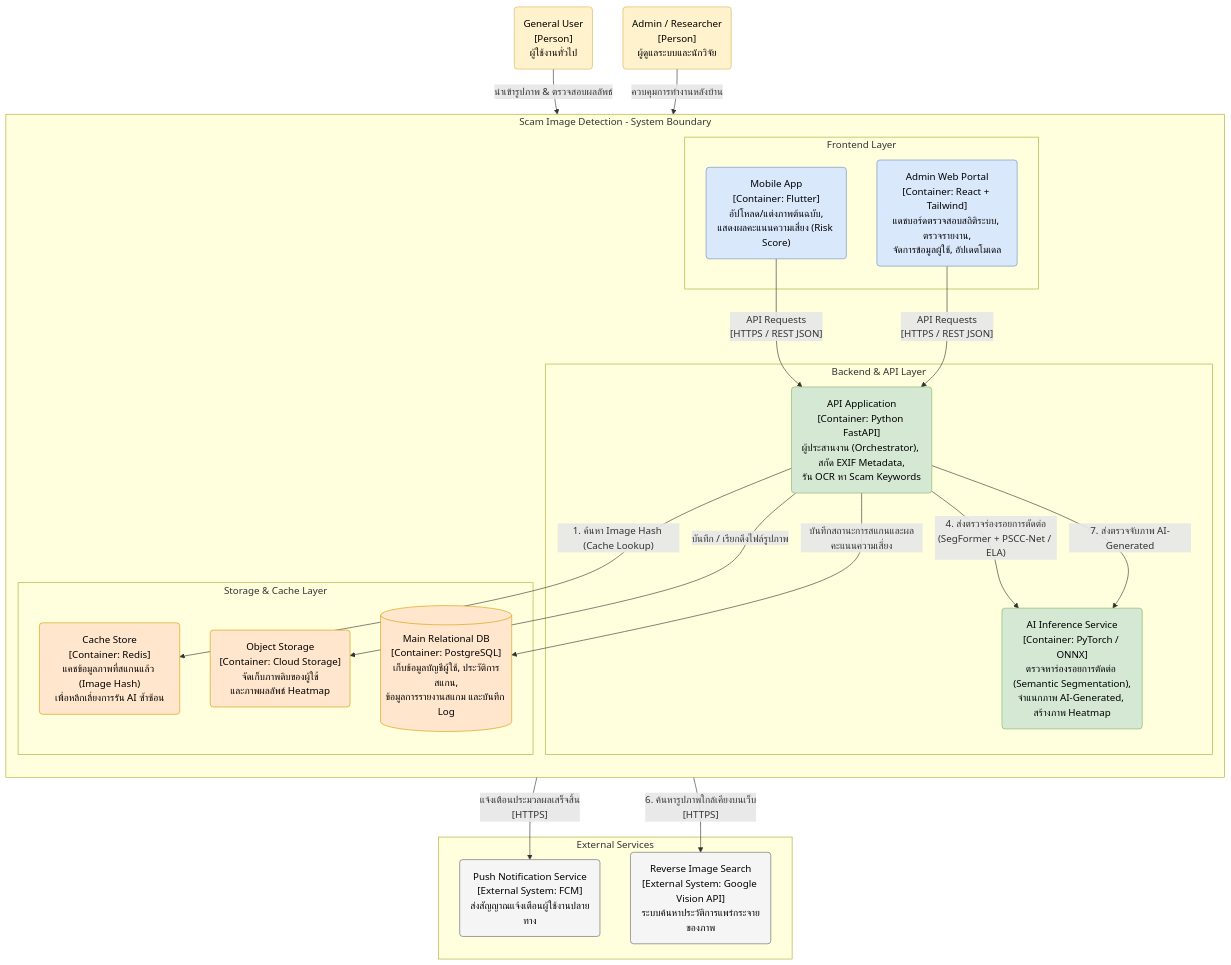
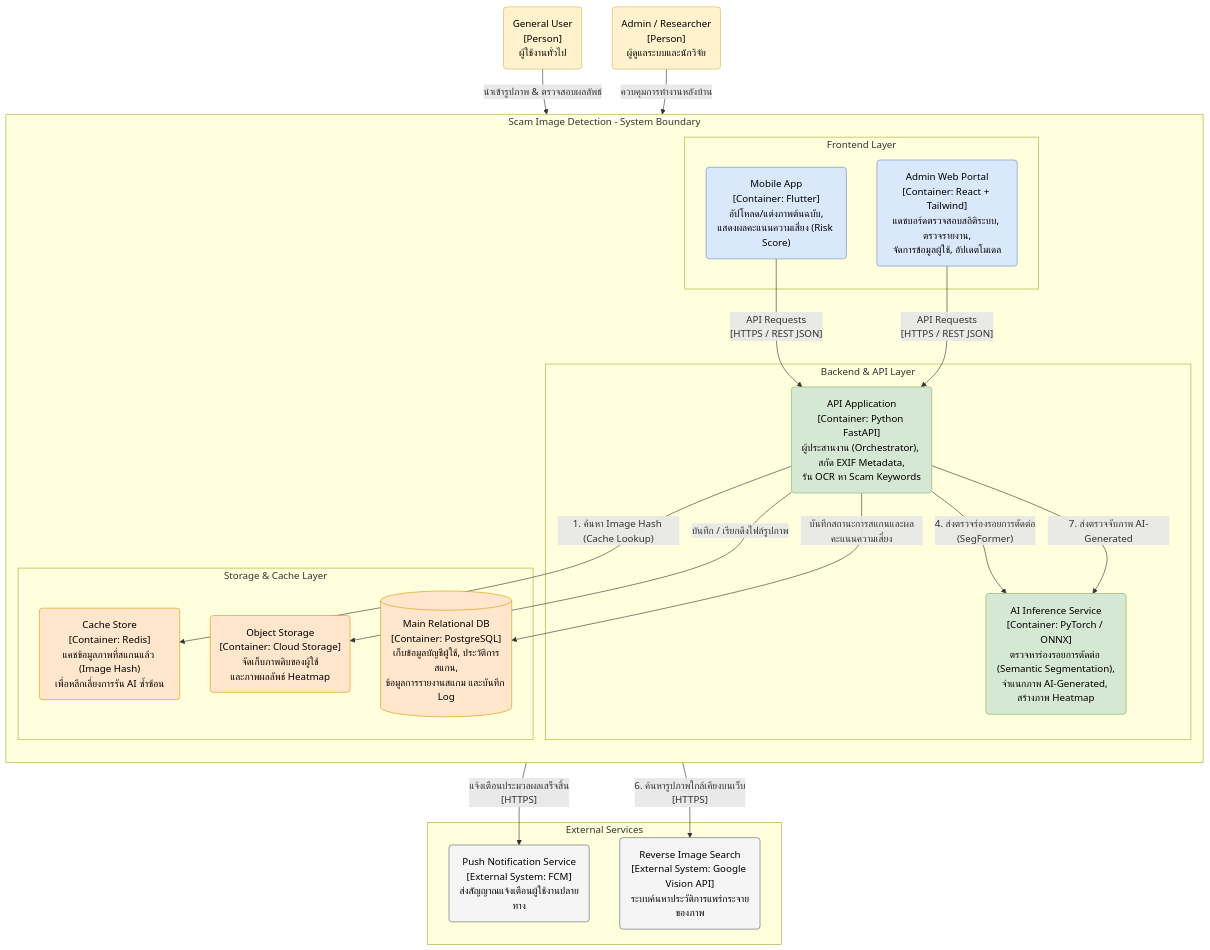
Before and after one commit to Panuwat-ta/project: the second of 3 diagrams in design/architecture.md, drawn with Mermaid. The commit also changed other lines of this file and 83 other files, not shown here.

````diff
--- a/design/architecture.md
+++ b/design/architecture.md
@@ -83,63 +83,63 @@
 ```mermaid
 flowchart TB
     %% การตั้งค่า Class สีต่างๆ
     classDef userFill fill:#fff2cc,stroke:#d6b656,color:black
     classDef clientFill fill:#dae8fc,stroke:#6c8ebf,color:black
     classDef backendFill fill:#d5e8d4,stroke:#82b366,color:black
     classDef storageFill fill:#ffe6cc,stroke:#d79b00,color:black
     classDef extFill fill:#f5f5f5,stroke:#666666,color:black
 
     %% Actors Boundary
     User("General User<br>[Person]<br>ผู้ใช้งานทั่วไป")
     Admin("Admin / Researcher<br>[Person]<br>ผู้ดูแลระบบและนักวิจัย")
 
     %% System Boundary
     subgraph ScamSystem [Scam Image Detection - System Boundary]
         direction TB
 
         subgraph Frontends [Frontend Layer]
             MobileApp("Mobile App<br>[Container: Flutter]<br>อัปโหลด/แต่งภาพต้นฉบับ,<br>แสดงผลคะแนนความเสี่ยง (Risk Score)")
             AdminPortal("Admin Web Portal<br>[Container: React + Tailwind]<br>แดชบอร์ดตรวจสอบสถิติระบบ, ตรวจรายงาน,<br>จัดการข้อมูลผู้ใช้, อัปเดตโมเดล")
         end
 
         subgraph Backends [Backend & API Layer]
             APIGateway("API Application<br>[Container: Python FastAPI]<br>ผู้ประสานงาน (Orchestrator), สกัด EXIF Metadata,<br>รัน OCR หา Scam Keywords")
             AIInference("AI Inference Service<br>[Container: PyTorch / ONNX]<br>ตรวจหาร่องรอยการตัดต่อ (Semantic Segmentation),<br>จำแนกภาพ AI-Generated, สร้างภาพ Heatmap")
         end
 
         subgraph Storages [Storage & Cache Layer]
             Cache("Cache Store<br>[Container: Redis]<br>แคชข้อมูลภาพที่สแกนแล้ว (Image Hash)<br>เพื่อหลีกเลี่ยงการรัน AI ซ้ำซ้อน")
             ObjectStore("Object Storage<br>[Container: Cloud Storage]<br>จัดเก็บภาพดิบของผู้ใช้<br>และภาพผลลัพธ์ Heatmap")
             MainDB[("Main Relational DB<br>[Container: PostgreSQL]<br>เก็บข้อมูลบัญชีผู้ใช้, ประวัติการสแกน,<br>ข้อมูลการรายงานสแกม และบันทึก Log")]
         end
     end
 
     %% External Systems Boundary
     subgraph Externals [External Services]
         PushService("Push Notification Service<br>[External System: FCM]<br>ส่งสัญญาณแจ้งเตือนผู้ใช้งานปลายทาง")
         ReverseSearch("Reverse Image Search<br>[External System: Google Vision API]<br>ระบบค้นหาประวัติการแพร่กระจายของภาพ")
     end
 
     %% Relationships / Associations
     User -- "นำเข้ารูปภาพ & ตรวจสอบผลลัพธ์" --> MobileApp
     Admin -- "ควบคุมการทำงานหลังบ้าน" --> AdminPortal
 
     MobileApp -- "API Requests<br>[HTTPS / REST JSON]" --> APIGateway
     AdminPortal -- "API Requests<br>[HTTPS / REST JSON]" --> APIGateway
 
     APIGateway -- "1. ค้นหา Image Hash (Cache Lookup)" --> Cache
-    APIGateway -- "4. ส่งตรวจร่องรอยการตัดต่อ<br>(SegFormer + PSCC-Net / ELA)" --> AIInference
+    APIGateway -- "4. ส่งตรวจร่องรอยการตัดต่อ<br>(SegFormer)" --> AIInference
     APIGateway -- "6. ค้นหารูปภาพใกล้เคียงบนเว็บ<br>[HTTPS]" --> ReverseSearch
     APIGateway -- "7. ส่งตรวจจับภาพ AI-Generated" --> AIInference
     APIGateway -- "บันทึก / เรียกดึงไฟล์รูปภาพ" --> ObjectStore
     APIGateway -- "บันทึกสถานะการสแกนและผลคะแนนความเสี่ยง" --> MainDB
     
     APIGateway -- "แจ้งเตือนประมวลผลเสร็จสิ้น<br>[HTTPS]" --> PushService
 
     %% Apply Styles
     class User,Admin userFill
     class MobileApp,AdminPortal clientFill
     class APIGateway,AIInference backendFill
     class Cache,ObjectStore,MainDB storageFill
     class PushService,ReverseSearch extFill
 ```
````
